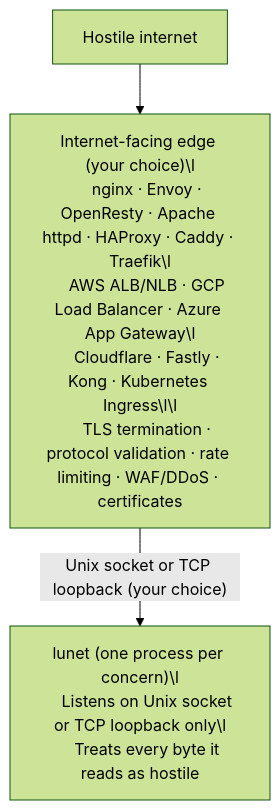
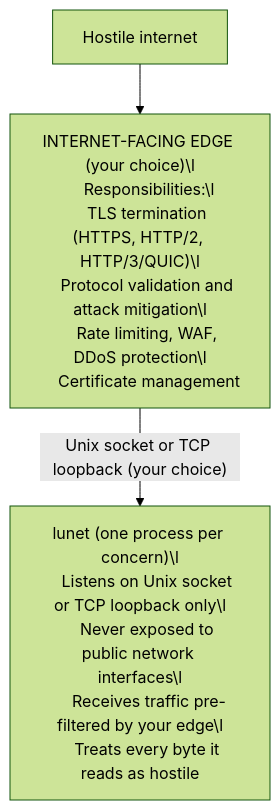
The diagram in docs/SECURITY_ARCHITECTURE.md (lua-lunet/lunet), drawn with Mermaid (forest theme) before and after one commit. The commit also changed other lines of this file and 47 other files, not shown here.

````diff
--- a/docs/SECURITY_ARCHITECTURE.md
+++ b/docs/SECURITY_ARCHITECTURE.md
@@ -13,17 +13,17 @@
 ```mermaid
 flowchart TB
     hostile["Hostile internet"]
-
-    edge["Internet-facing edge (your choice)\l
-    nginx · Envoy · OpenResty · Apache httpd · HAProxy · Caddy · Traefik\l
-    AWS ALB/NLB · GCP Load Balancer · Azure App Gateway\l
-    Cloudflare · Fastly · Kong · Kubernetes Ingress\l\l
-    TLS termination · protocol validation · rate limiting · WAF/DDoS · certificates"]
-
+    edge["INTERNET-FACING EDGE (your choice)\l
+    Responsibilities:\l
+    TLS termination (HTTPS, HTTP/2, HTTP/3/QUIC)\l
+    Protocol validation and attack mitigation\l
+    Rate limiting, WAF, DDoS protection\l
+    Certificate management"]
     lunet["lunet (one process per concern)\l
     Listens on Unix socket or TCP loopback only\l
+    Never exposed to public network interfaces\l
+    Receives traffic pre-filtered by your edge\l
     Treats every byte it reads as hostile"]
-
     hostile --> edge
     edge -->|"Unix socket or TCP loopback (your choice)"| lunet
 ```
````
